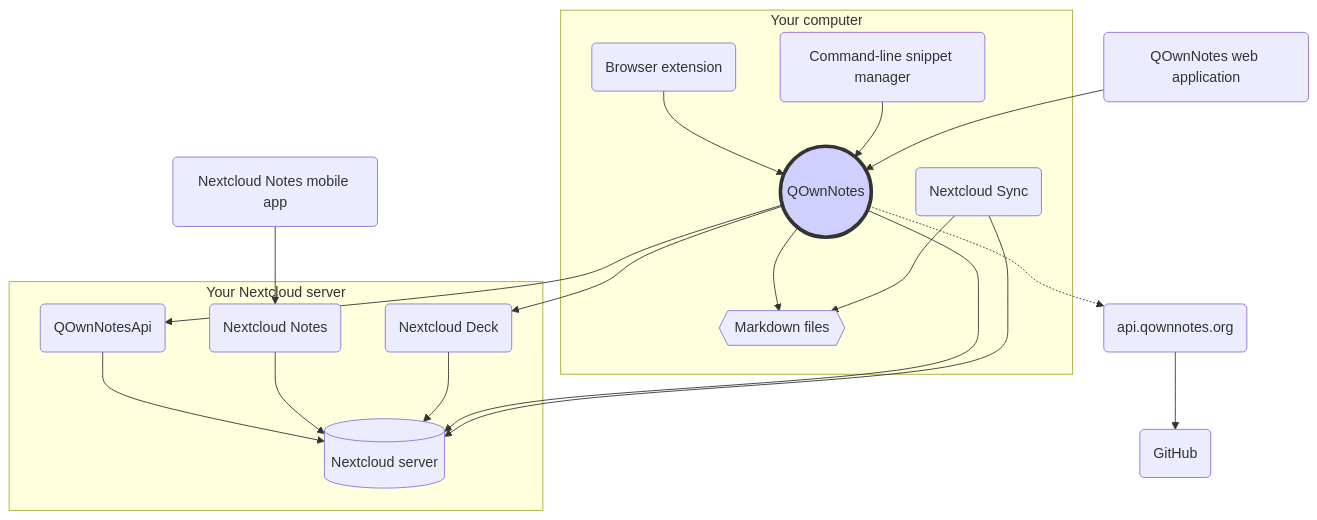
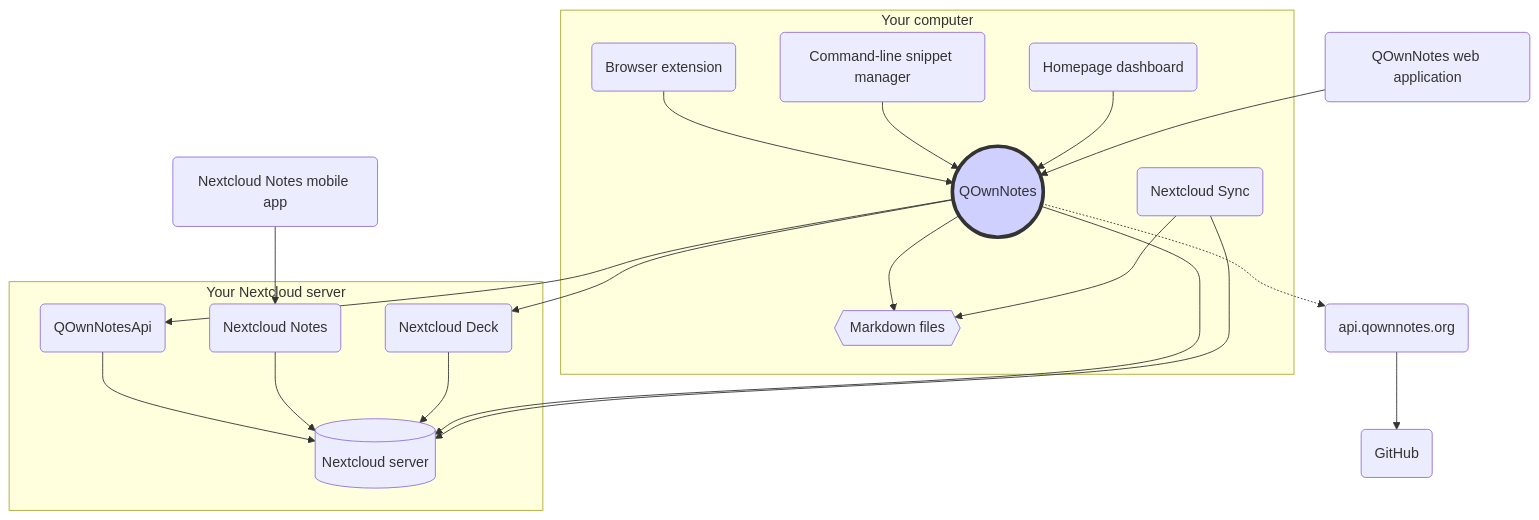
The diagram in webpage/src/getting-started/concept.md (pbek/QOwnNotes), drawn with Mermaid before and after one commit. The commit also changed other lines of this file and 1 other file, not shown here.

Commit message:
#3484 doc: add homepage integration to concept page and mention security token

````diff
--- a/webpage/src/getting-started/concept.md
+++ b/webpage/src/getting-started/concept.md
@@ -13,37 +13,39 @@
 ```mermaid
 graph TB
     subgraph Your computer
         qon((QOwnNotes))-->md{{"Markdown files"}}
         sync("Nextcloud Sync")-->md
         qon-comp("Browser extension")-->qon
         qc("Command-line snippet manager")-->qon
+        homepage("Homepage dashboard")-->qon
     end
     subgraph Your Nextcloud server
         qon-api("QOwnNotesApi")-->ncs[("Nextcloud server")]
         nc-notes-app("Nextcloud Notes")-->ncs
         nc-deck-app("Nextcloud Deck")-->ncs
     end
 
     nc-notes-mob("Nextcloud Notes mobile app")-->nc-notes-app
     qon-web-app("QOwnNotes web application")-->qon
     qon-->qon-api
     qon-->ncs
     qon-->nc-deck-app
     sync-->ncs
     qon-.->qon-web-api("api.qownnotes.org")
     qon-web-api-->github("GitHub")
 
     style qon fill:#d0d0ff,stroke:#333,stroke-width:4px
     click qon "/getting-started/concept.html#qownnotes" "QOwnNotes Desktop Application for managing your notes on your desktop computer"
     click md "/getting-started/concept.html#markdown-note-files" "Markdown, media and attachment files in your note folder"
     click qon-comp "/getting-started/concept.html#qownnotes-browser-extension" "QOwnNotes browser extension for managing bookmarks in markdown files and as web clipper"
     click qc "/getting-started/concept.html#qownnotes-command-line-snippet-manager" "QOwnNotes command-line snippet manager"
+    click homepage "/getting-started/concept.html#homepage-dashboard" "Homepage dashboard using QOwnNotes bookmark suggestions"
     click sync "/getting-started/concept.html#nextcloud-desktop-sync-client" "Nextcloud desktop sync client to sync your notes to your server"
     click ncs "/getting-started/concept.html#nextcloud-server" "Nextcloud server to host your notes and other files"
     click qon-api "/getting-started/concept.html#qownnotesapi-nextcloud-app" "QOwnNotesAPI Nextcloud app to access your server-side trash and note versions"
     click nc-notes-app "/getting-started/concept.html#nextcloud-notes-server-app" "Nextcloud Notes server app to manage your notes in the web"
     click nc-notes-mob "/getting-started/concept.html#nextcloud-notes-mobile-app" "Nextcloud Notes mobile app to manage your notes on your mobile phone"
     click nc-deck-app "/getting-started/concept.html#nextcloud-deck-server-app" "Nextcloud Deck server app to manage reminders and todo lists in the web"
     click qon-web-app "/getting-started/concept.html#qownnotes-web-app" "QOwnNotes Web App to send photos from your mobile phone"
     click qon-web-api "/getting-started/concept.html#api-qownnotes-org"
 ```
````
